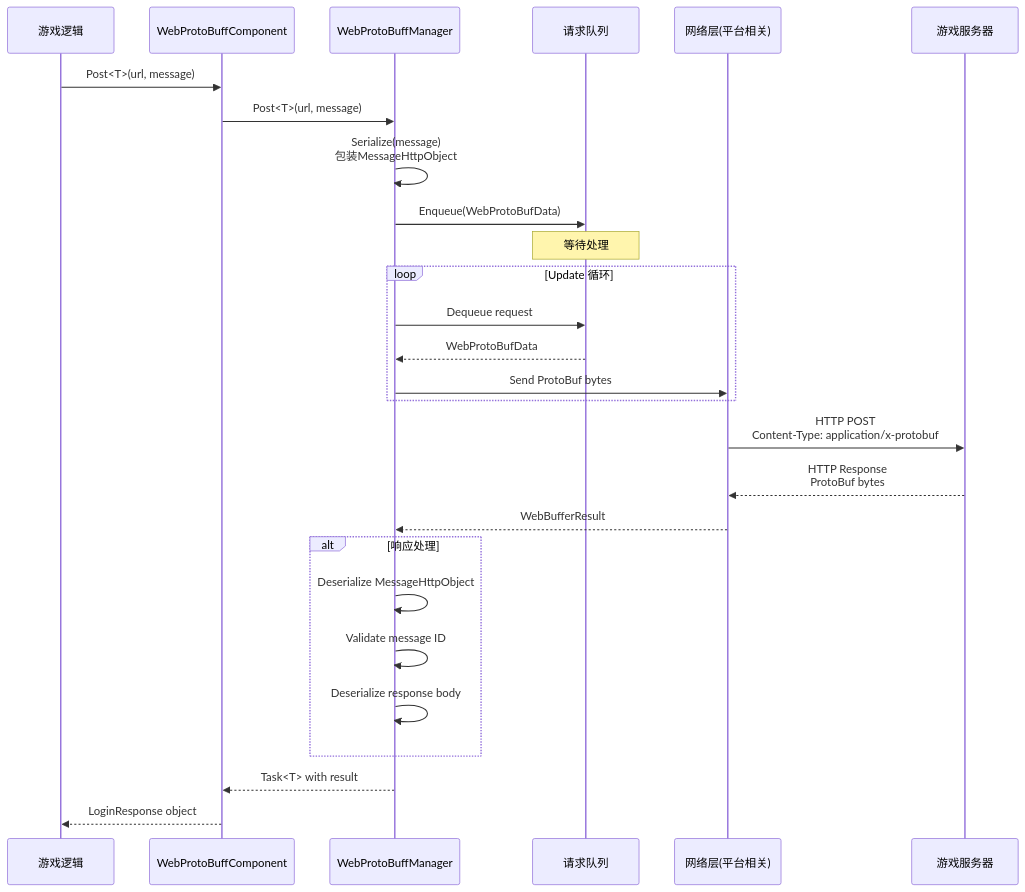
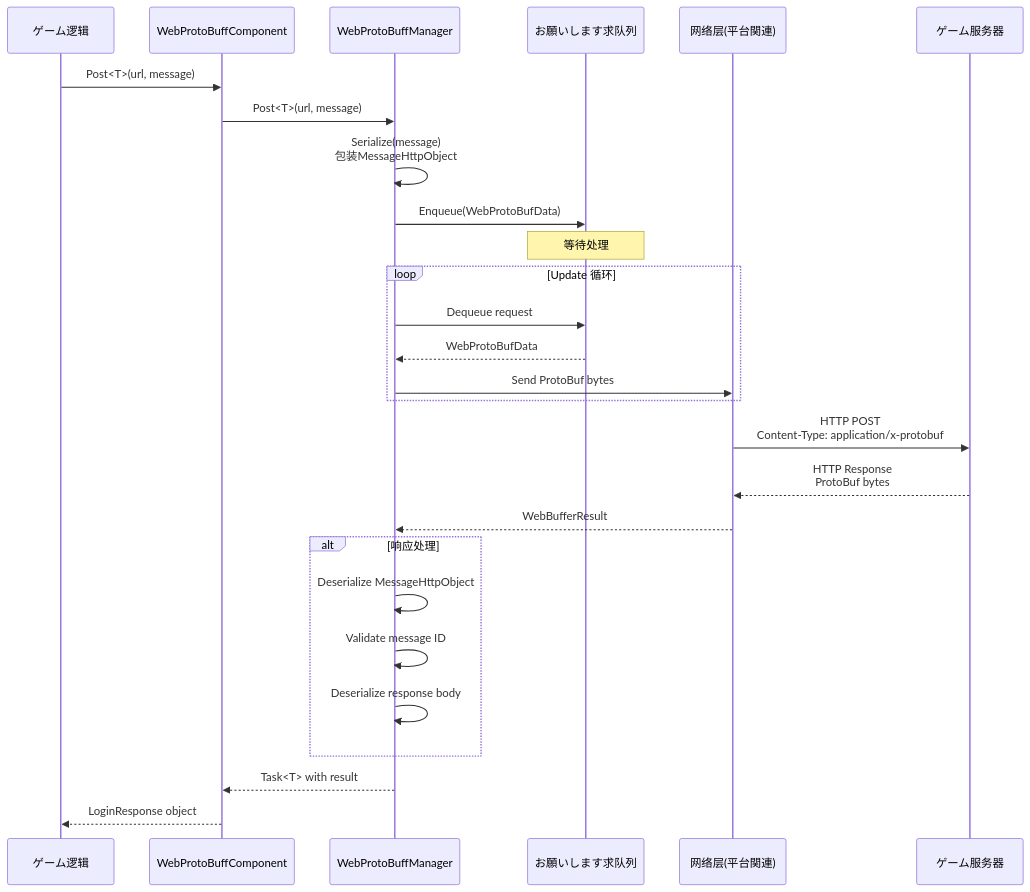
One commit to AlianBlank/GameFrameX.Docs changed the third of 4 diagrams in docs/ja/client/unity/component/web-protobuff/01.overview.md. Above: the diagram before and after it, drawn with Mermaid. The commit also changed other lines of this file and 603 other files, not shown here.

````diff
--- a/docs/ja/client/unity/component/web-protobuff/01.overview.md
+++ b/docs/ja/client/unity/component/web-protobuff/01.overview.md
@@ -129,34 +129,34 @@
 ```mermaid
 sequenceDiagram
-    participant Game as 游戏逻辑
+    participant Game as ゲーム逻辑
     participant Component as WebProtoBuffComponent
     participant Manager as WebProtoBuffManager
-    participant Queue as 请求队列
-    participant Network as 网络层(平台相关)
-    participant Server as 游戏服务器
+    participant Queue as お願いします求队列
+    participant Network as 网络层(平台関連)
+    participant Server as ゲーム服务器
 
     Game->>Component: Post<T>(url, message)
     Component->>Manager: Post<T>(url, message)
     Manager->>Manager: Serialize(message)<br/>包装MessageHttpObject
     Manager->>Queue: Enqueue(WebProtoBufData)
     Note over Queue: 等待处理
     
     loop Update 循环
         Manager->>Queue: Dequeue request
         Queue-->>Manager: WebProtoBufData
         Manager->>Network: Send ProtoBuf bytes
     end
     
     Network->>Server: HTTP POST<br/>Content-Type: application/x-protobuf
     Server-->>Network: HTTP Response<br/>ProtoBuf bytes
     Network-->>Manager: WebBufferResult
     
     alt 响应处理
         Manager->>Manager: Deserialize MessageHttpObject
         Manager->>Manager: Validate message ID
         Manager->>Manager: Deserialize response body
     end
     
     Manager-->>Component: Task<T> with result
     Component-->>Game: LoginResponse object
 ```
````
